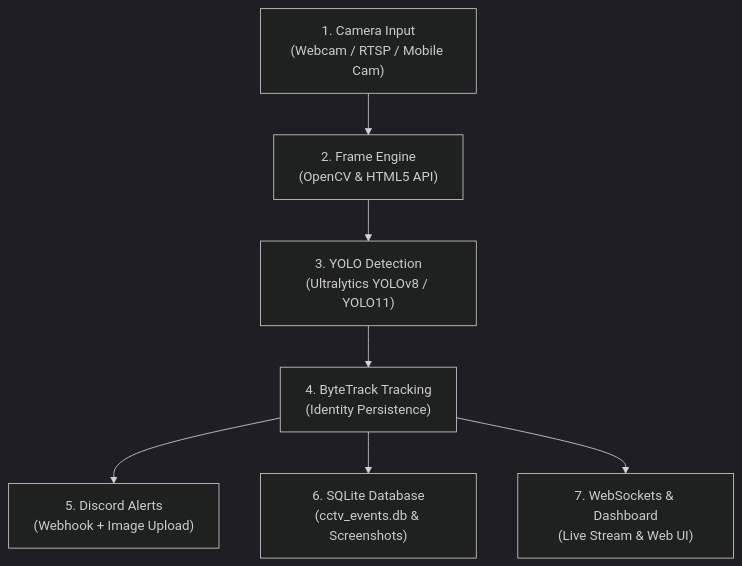
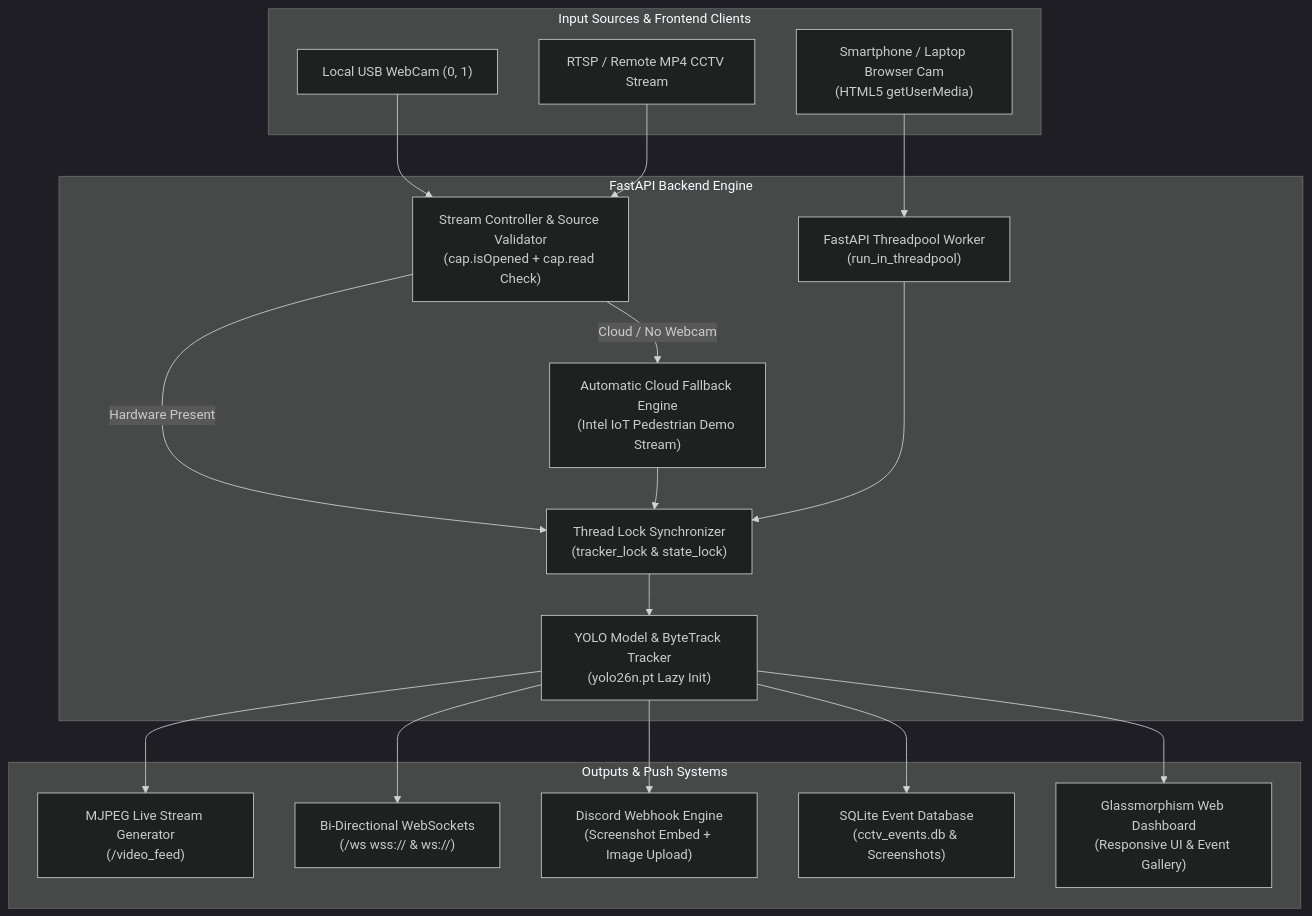
One commit to jitendradoriya66/cctv-person-detector-ai changed the diagram in README.md. Above: the diagram before and after it, drawn with Mermaid (dark theme). The commit also changed other lines of this file, not shown here.

Commit message:
Update README.md with complete end-to-end system architecture, production fixes, and Render instructions

````diff
--- a/README.md
+++ b/README.md
@@ -51,9 +20,33 @@
 ```mermaid
 flowchart TD
-    A["1. Camera Input\n(Webcam / RTSP / Mobile Cam)"] --> B["2. Frame Engine\n(OpenCV & HTML5 API)"]
-    B --> C["3. YOLO Detection\n(Ultralytics YOLOv8 / YOLO11)"]
-    C --> D["4. ByteTrack Tracking\n(Identity Persistence)"]
-    D --> E["5. Discord Alerts\n(Webhook + Image Upload)"]
-    D --> F["6. SQLite Database\n(cctv_events.db & Screenshots)"]
-    D --> G["7. WebSockets & Dashboard\n(Live Stream & Web UI)"]
+    subgraph Clients["Input Sources & Frontend Clients"]
+        A1["Local USB WebCam (0, 1)"]
+        A2["RTSP / Remote MP4 CCTV Stream"]
+        A3["Smartphone / Laptop Browser Cam\n(HTML5 getUserMedia)"]
+    end
+
+    subgraph Backend["FastAPI Backend Engine"]
+        B1["Stream Controller & Source Validator\n(cap.isOpened + cap.read Check)"]
+        B2["Automatic Cloud Fallback Engine\n(Intel IoT Pedestrian Demo Stream)"]
+        B3["FastAPI Threadpool Worker\n(run_in_threadpool)"]
+        B4["Thread Lock Synchronizer\n(tracker_lock & state_lock)"]
+        B5["YOLO Model & ByteTrack Tracker\n(yolo26n.pt Lazy Init)"]
+    end
+
+    subgraph Outputs["Outputs & Push Systems"]
+        C1["MJPEG Live Stream Generator\n(/video_feed)"]
+        C2["Bi-Directional WebSockets\n(/ws wss:// & ws://)"]
+        C3["Discord Webhook Engine\n(Screenshot Embed + Image Upload)"]
+        C4["SQLite Event Database\n(cctv_events.db & Screenshots)"]
+        C5["Glassmorphism Web Dashboard\n(Responsive UI & Event Gallery)"]
+    end
+
+    A1 --> B1
+    A2 --> B1
+    A3 --> B3
+    B1 -->|Hardware Present| B4
+    B1 -->|Cloud / No Webcam| B2 --> B4
+    B3 --> B4
+    B4 --> B5
+    B5 --> C1 & C2 & C3 & C4 & C5
 ```
````
